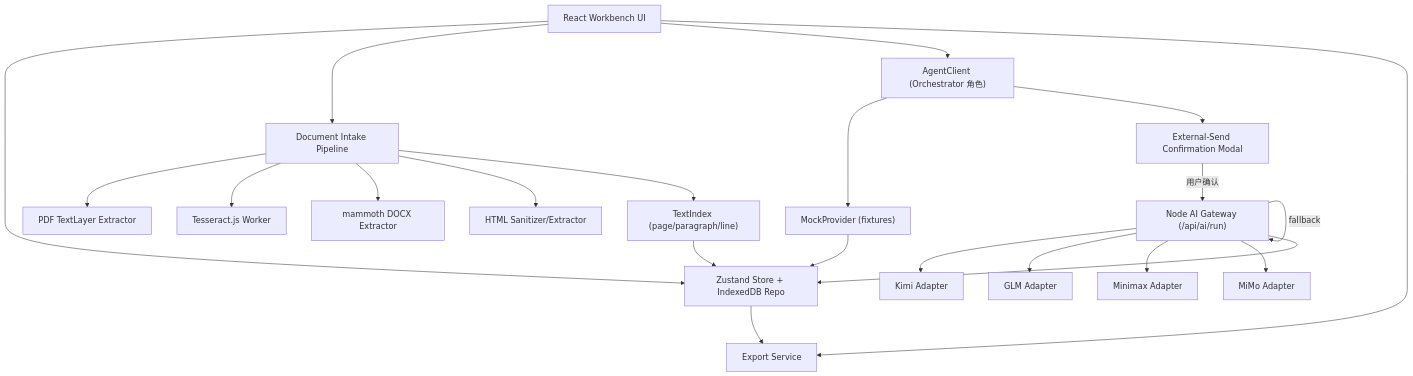
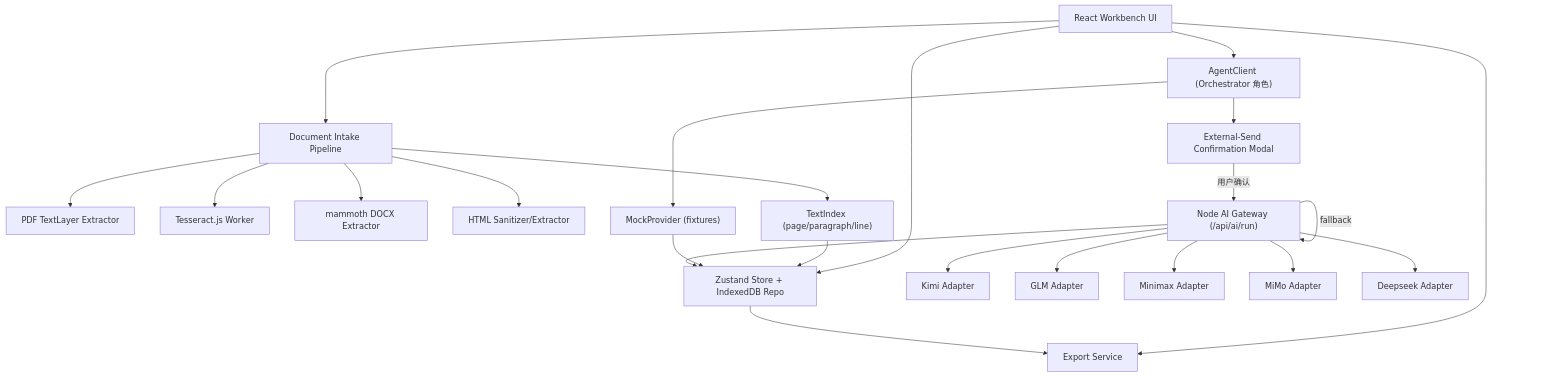
The first of 4 diagrams in DEVELOPMENT_PLAN.md (wukun2005-gif/patentExaminator), drawn with Mermaid before and after one commit. The commit also changed other lines of this file and 2 other files, not shown here.

First line of the commit message:
Add Deepseek provider & MiMo/Deepseek to PRD technical references

````diff
--- a/DEVELOPMENT_PLAN.md
+++ b/DEVELOPMENT_PLAN.md
@@ -339,27 +339,28 @@
 ```mermaid
 flowchart TD
     UI["React Workbench UI"] --> Store["Zustand Store + IndexedDB Repo"]
     UI --> Pipeline["Document Intake Pipeline"]
     UI --> AgentClient["AgentClient (Orchestrator 角色)"]
     UI --> Exporter["Export Service"]
 
     Pipeline --> PdfText["PDF TextLayer Extractor"]
     Pipeline --> Ocr["Tesseract.js Worker"]
     Pipeline --> Docx["mammoth DOCX Extractor"]
     Pipeline --> Html["HTML Sanitizer/Extractor"]
     Pipeline --> TextIndex["TextIndex (page/paragraph/line)"]
     TextIndex --> Store
 
     AgentClient --> Mock["MockProvider (fixtures)"]
     AgentClient --> Confirm["External-Send Confirmation Modal"]
     Confirm -- 用户确认 --> Gateway["Node AI Gateway (/api/ai/run)"]
     Gateway --> Kimi["Kimi Adapter"]
     Gateway --> GLM["GLM Adapter"]
     Gateway --> Minimax["Minimax Adapter"]
     Gateway --> MiMo["MiMo Adapter"]
+    Gateway --> Deepseek["Deepseek Adapter"]
     Gateway -->|fallback| Gateway
 
     Mock --> Store
     Gateway --> Store
     Store --> Exporter
 ```
````
